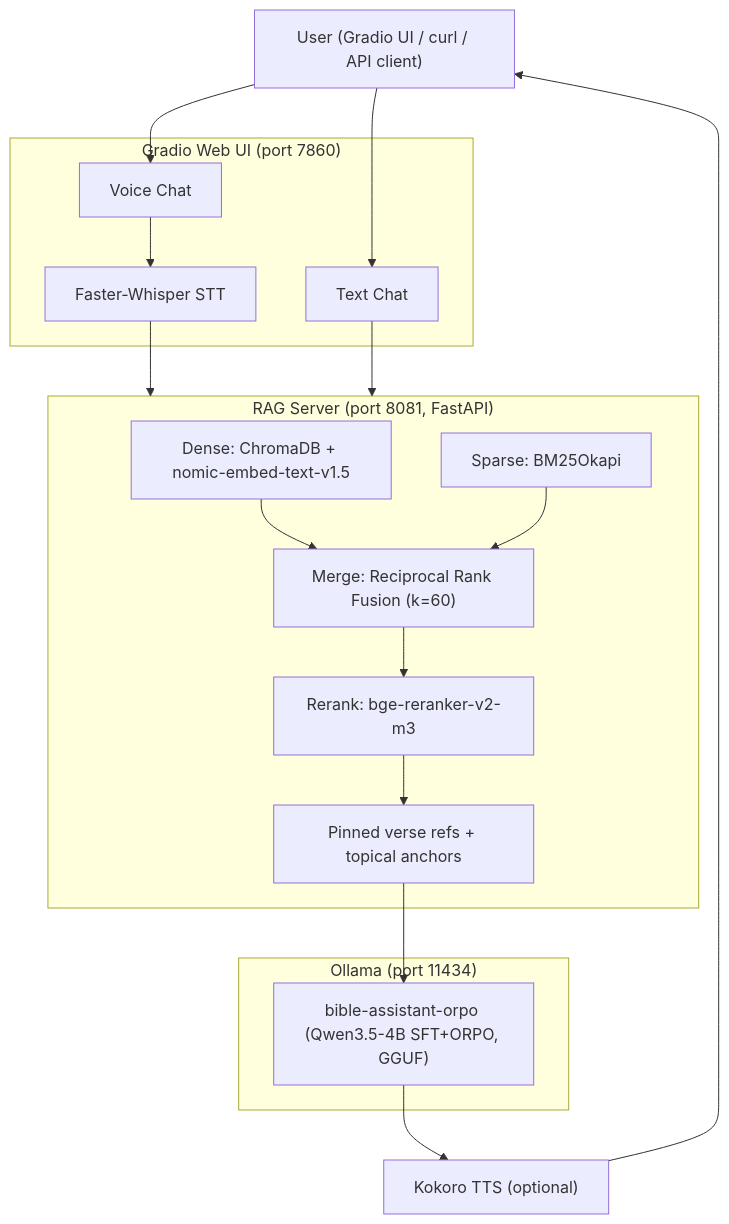
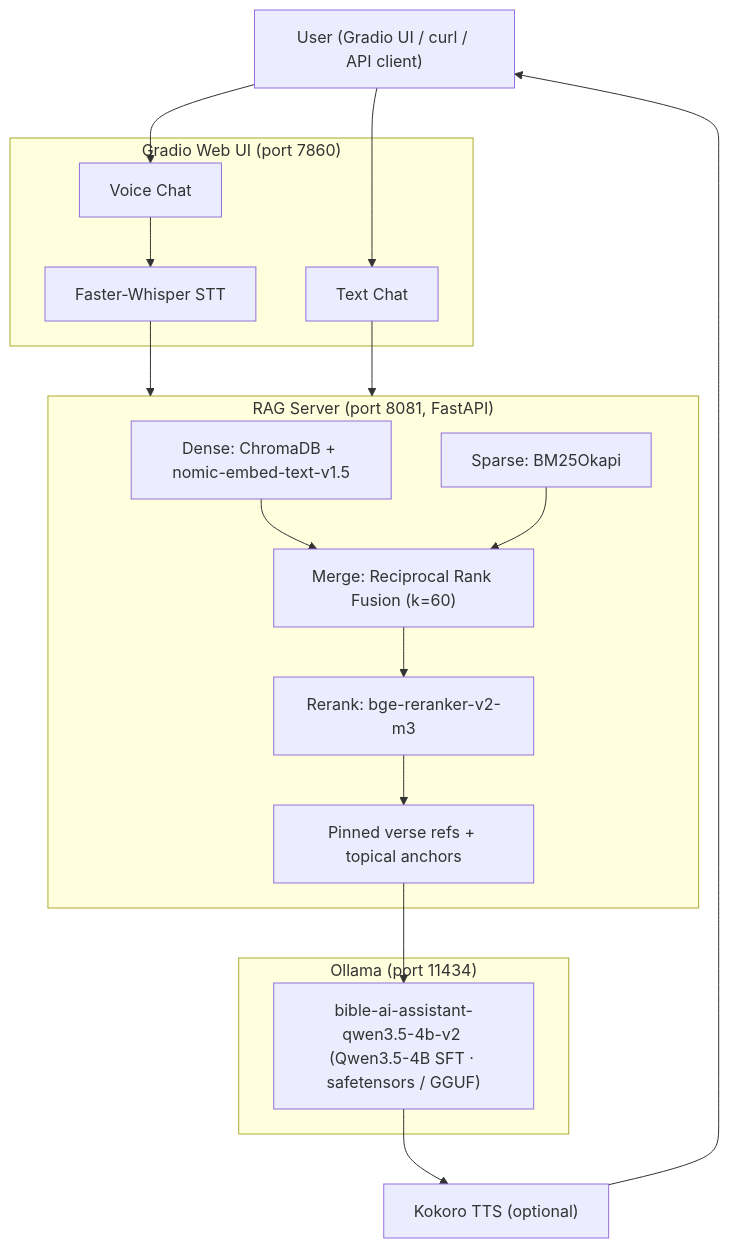
One commit to t-timms/bible-ai-assistant changed the diagram in README.md. Above: the diagram before and after it, drawn with Mermaid. The commit also changed other lines of this file and 17 other files, not shown here.

````diff
--- a/README.md
+++ b/README.md
@@ -36,39 +37,39 @@
 ```mermaid
 graph TD
     User["User (Gradio UI / curl / API client)"]
 
     subgraph UI ["Gradio Web UI (port 7860)"]
         TextChat["Text Chat"]
         VoiceChat["Voice Chat"]
         STT["Faster-Whisper STT"]
     end
 
     subgraph RAG ["RAG Server (port 8081, FastAPI)"]
         Dense["Dense: ChromaDB + nomic-embed-text-v1.5"]
         Sparse["Sparse: BM25Okapi"]
         RRF["Merge: Reciprocal Rank Fusion (k=60)"]
         Rerank["Rerank: bge-reranker-v2-m3"]
         Pinned["Pinned verse refs + topical anchors"]
     end
 
     subgraph LLM ["Ollama (port 11434)"]
-        Model["bible-assistant-orpo (Qwen3.5-4B SFT+ORPO, GGUF)"]
+        Model["bible-ai-assistant-qwen3.5-4b-v2 (Qwen3.5-4B SFT · safetensors / GGUF)"]
     end
 
     TTS["Kokoro TTS (optional)"]
 
     User --> TextChat
     User --> VoiceChat
     VoiceChat --> STT
     STT --> RAG
     TextChat --> RAG
 
     Dense --> RRF
     Sparse --> RRF
     RRF --> Rerank
     Rerank --> Pinned
     Pinned --> Model
 
     Model --> TTS
     TTS --> User
 ```
````
